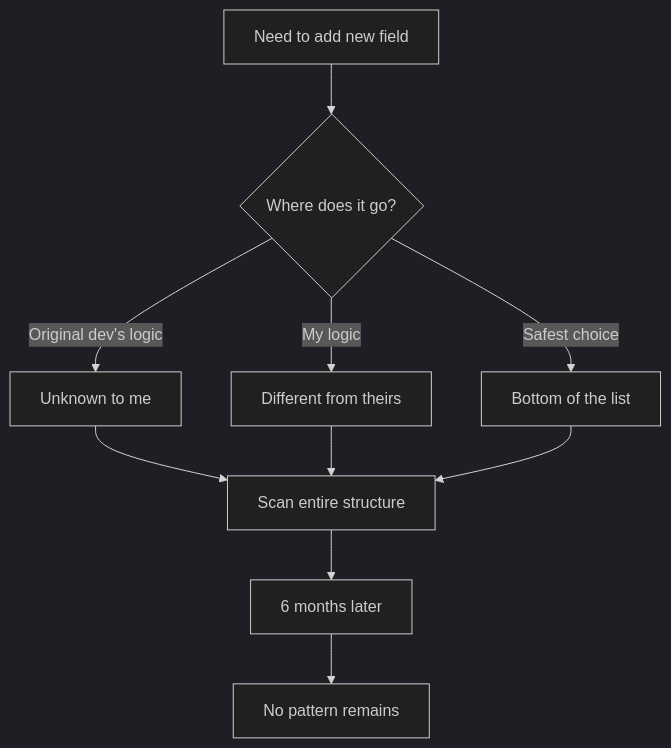
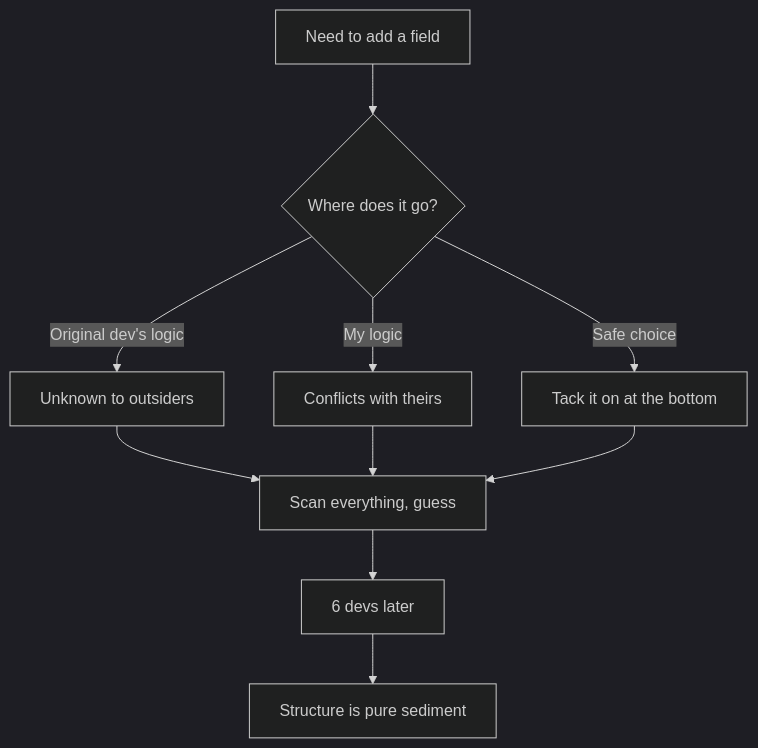
Before and after one commit to Almaju/blog: the first of 2 diagrams in content/docs/fundamentals/1-sorting.mdx, drawn with Mermaid (dark theme). The commit also changed other lines of this file and 5 other files, not shown here.

````diff
--- a/content/docs/fundamentals/1-sorting.mdx
+++ b/content/docs/fundamentals/1-sorting.mdx
@@ -147,16 +139,16 @@
 ```mermaid
 graph TD
-    A[Need to add new field] --> B{Where does it go?}
-    B -->|Original dev's logic| C[Unknown to me]
-    B -->|My logic| D[Different from theirs]
-    B -->|Safest choice| E[Bottom of the list]
-    
-    C --> F[Scan entire structure]
+    A[Need to add a field] --> B{Where does it go?}
+    B -->|Original dev's logic| C[Unknown to outsiders]
+    B -->|My logic| D[Conflicts with theirs]
+    B -->|Safe choice| E[Tack it on at the bottom]
+
+    C --> F[Scan everything, guess]
     D --> F
     E --> F
-    
-    F --> G[6 months later]
-    G --> H[No pattern remains]
-    
+
+    F --> G[6 devs later]
+    G --> H[Structure is pure sediment]
+
     class H red
 ```
````
